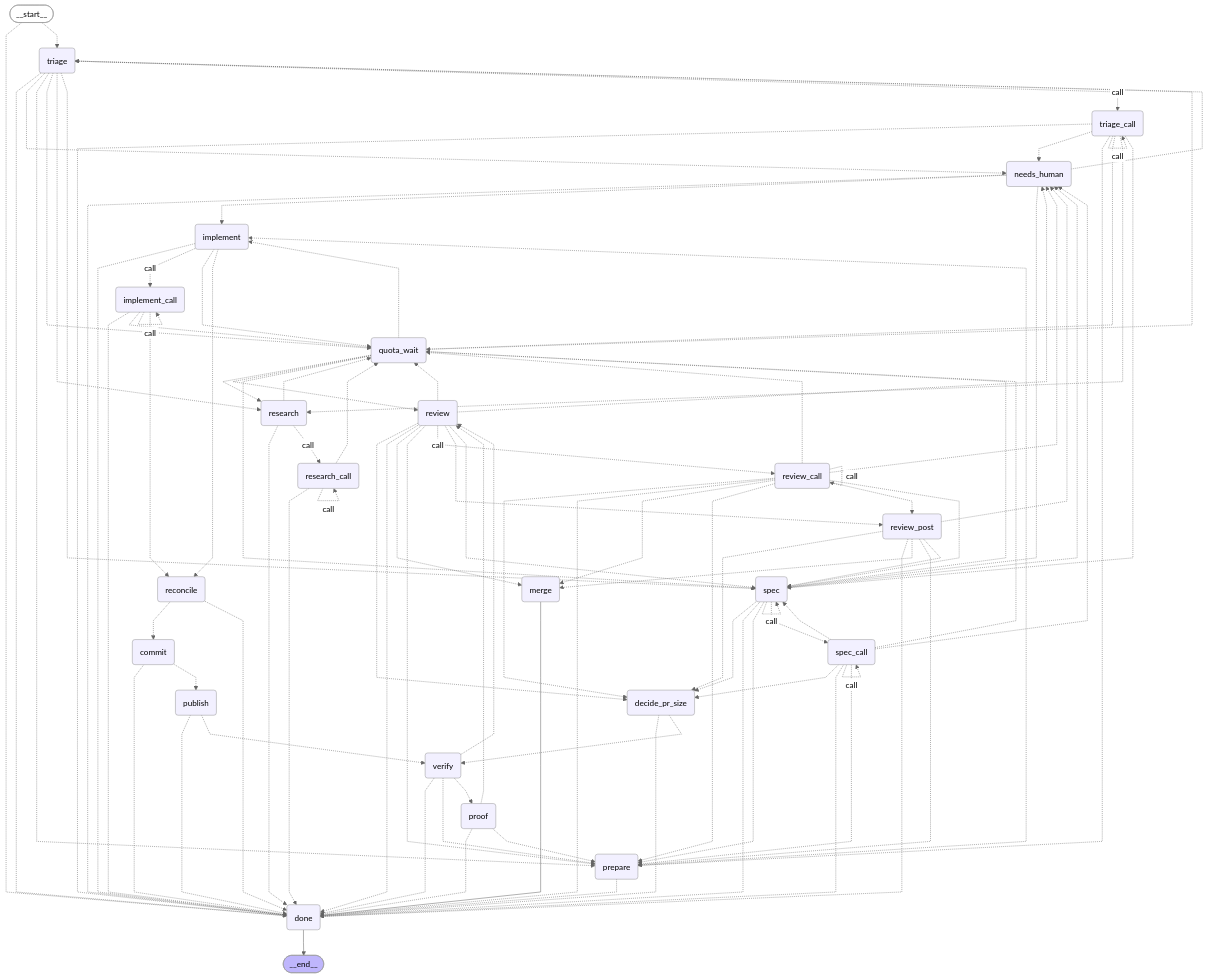
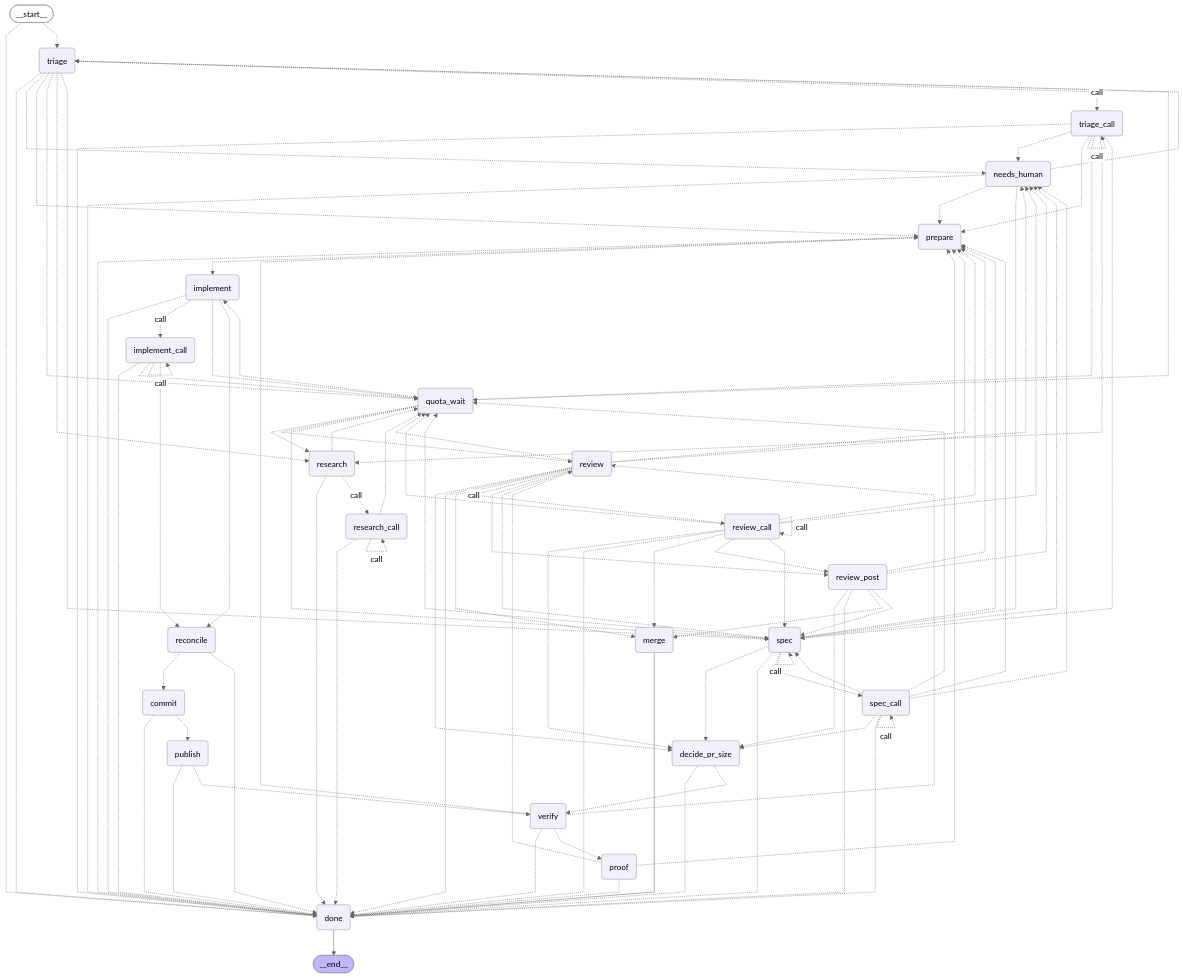
Before and after one commit to bookout-labs/tools: the diagram in docs/graph/delivery.mmd, drawn with Mermaid (neutral theme). The commit also changed 6 other files, not shown here.

```diff
--- a/docs/graph/delivery.mmd
+++ b/docs/graph/delivery.mmd
@@ -1,129 +1,129 @@
 ---
 config:
   flowchart:
     curve: linear
 ---
 graph TD;
 	__start__([<p>__start__</p>]):::first
 	triage(triage)
 	triage_call(triage_call)
 	research(research)
 	research_call(research_call)
 	spec(spec)
 	spec_call(spec_call)
 	implement(implement)
 	implement_call(implement_call)
 	review(review)
 	review_call(review_call)
 	verify(verify)
 	prepare(prepare)
 	reconcile(reconcile)
 	commit(commit)
 	publish(publish)
 	proof(proof)
 	review_post(review_post)
 	needs_human(needs_human)
 	quota_wait(quota_wait)
 	decide_pr_size(decide_pr_size)
 	merge(merge)
 	done(done)
 	__end__([<p>__end__</p>]):::last
 	__start__ -.-> done;
 	__start__ -.-> triage;
 	commit -.-> done;
 	commit -.-> publish;
 	decide_pr_size -.-> done;
 	decide_pr_size -.-> verify;
 	implement -.-> done;
 	implement -. &nbsp;call&nbsp; .-> implement_call;
 	implement -.-> quota_wait;
 	implement -.-> reconcile;
 	implement_call -.-> done;
 	implement_call -.-> quota_wait;
 	implement_call -.-> reconcile;
 	merge --> done;
 	needs_human -.-> done;
-	needs_human -.-> implement;
+	needs_human -.-> prepare;
 	needs_human -.-> spec;
 	needs_human -.-> triage;
 	prepare -.-> done;
 	prepare -.-> implement;
 	proof -.-> done;
 	proof -.-> prepare;
 	proof -.-> review;
 	publish -.-> done;
 	publish -.-> verify;
 	quota_wait -.-> implement;
 	quota_wait -.-> research;
 	quota_wait -.-> review;
 	quota_wait -.-> spec;
 	quota_wait -.-> triage;
 	reconcile -.-> commit;
 	reconcile -.-> done;
 	research -.-> done;
 	research -.-> quota_wait;
 	research -. &nbsp;call&nbsp; .-> research_call;
 	research_call -.-> done;
 	research_call -.-> quota_wait;
 	review -.-> decide_pr_size;
 	review -.-> done;
 	review -.-> merge;
 	review -.-> needs_human;
 	review -.-> prepare;
 	review -.-> quota_wait;
 	review -. &nbsp;call&nbsp; .-> review_call;
 	review -.-> review_post;
 	review -.-> spec;
 	review_call -.-> decide_pr_size;
 	review_call -.-> done;
 	review_call -.-> merge;
 	review_call -.-> needs_human;
 	review_call -.-> prepare;
 	review_call -.-> quota_wait;
 	review_call -.-> review_post;
 	review_call -.-> spec;
 	review_post -.-> decide_pr_size;
 	review_post -.-> done;
 	review_post -.-> merge;
 	review_post -.-> needs_human;
 	review_post -.-> prepare;
 	review_post -.-> spec;
 	spec -.-> decide_pr_size;
 	spec -.-> done;
 	spec -.-> needs_human;
 	spec -.-> prepare;
 	spec -.-> quota_wait;
 	spec -. &nbsp;call&nbsp; .-> spec_call;
 	spec_call -.-> decide_pr_size;
 	spec_call -.-> done;
 	spec_call -.-> needs_human;
 	spec_call -.-> prepare;
 	spec_call -.-> quota_wait;
 	spec_call -.-> spec;
 	triage -.-> done;
 	triage -.-> needs_human;
 	triage -.-> prepare;
 	triage -.-> quota_wait;
 	triage -.-> research;
 	triage -.-> spec;
 	triage -. &nbsp;call&nbsp; .-> triage_call;
 	triage_call -.-> done;
 	triage_call -.-> needs_human;
 	triage_call -.-> prepare;
 	triage_call -.-> quota_wait;
 	triage_call -.-> research;
 	triage_call -.-> spec;
 	verify -.-> done;
 	verify -.-> prepare;
 	verify -.-> proof;
 	verify -.-> review;
 	done --> __end__;
 	implement_call -. &nbsp;call&nbsp; .-> implement_call;
 	research_call -. &nbsp;call&nbsp; .-> research_call;
 	review_call -. &nbsp;call&nbsp; .-> review_call;
 	spec -.-> spec;
 	spec_call -. &nbsp;call&nbsp; .-> spec_call;
 	triage_call -. &nbsp;call&nbsp; .-> triage_call;
 	classDef default fill:#f2f0ff,line-height:1.2
 	classDef first fill-opacity:0
 	classDef last fill:#bfb6fc
```
